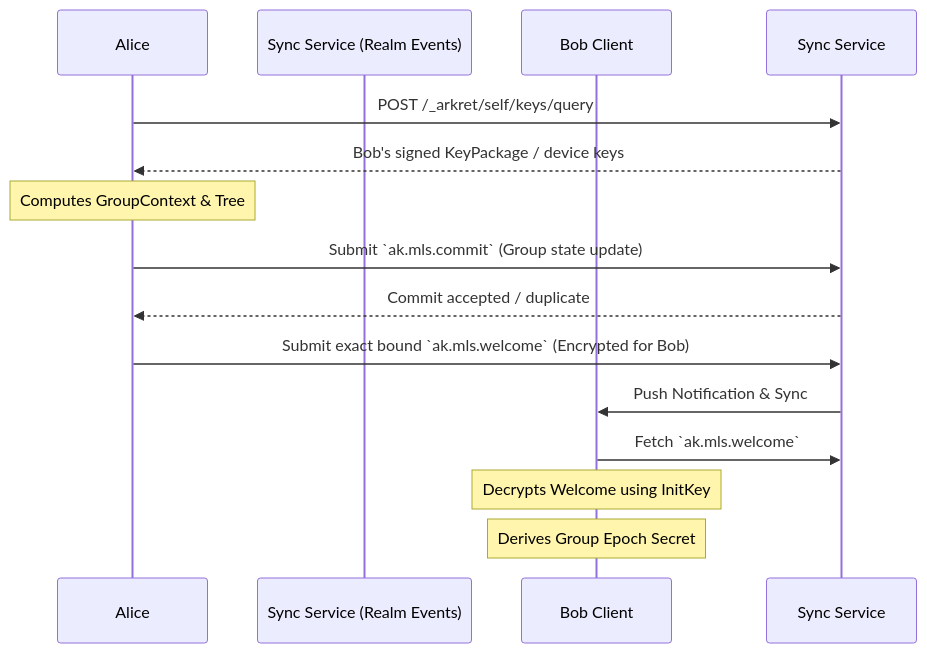
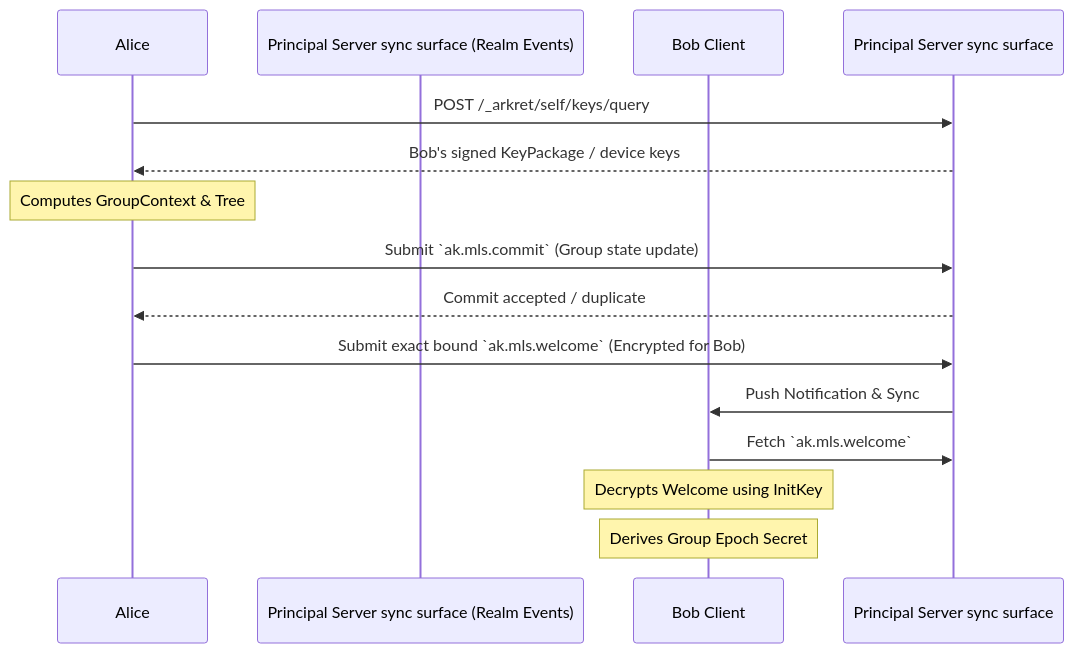
The diagram in spec/v1/zh/crypto-media/encryption-and-audit.md (arkret-org/arkret-spec), drawn with Mermaid before and after one commit. The commit also changed other lines of this file and 178 other files, not shown here.

````diff
--- a/spec/v1/zh/crypto-media/encryption-and-audit.md
+++ b/spec/v1/zh/crypto-media/encryption-and-audit.md
@@ -41,21 +41,21 @@
 ```mermaid
 sequenceDiagram
     participant Alice
-    participant Sync Service (Realm Events)
+    participant Principal Server sync surface (Realm Events)
     participant BobClient as Bob Client
 
-    Alice->>Sync Service: POST /_arkret/self/keys/query
-    Sync Service-->>Alice: Bob's signed KeyPackage / device keys
+    Alice->>Principal Server sync surface: POST /_arkret/self/keys/query
+    Principal Server sync surface-->>Alice: Bob's signed KeyPackage / device keys
 
     note over Alice: Computes GroupContext & Tree
 
-    Alice->>Sync Service: Submit `ak.mls.commit` (Group state update)
-    Sync Service-->>Alice: Commit accepted / duplicate
-    Alice->>Sync Service: Submit exact bound `ak.mls.welcome` (Encrypted for Bob)
+    Alice->>Principal Server sync surface: Submit `ak.mls.commit` (Group state update)
+    Principal Server sync surface-->>Alice: Commit accepted / duplicate
+    Alice->>Principal Server sync surface: Submit exact bound `ak.mls.welcome` (Encrypted for Bob)
 
-    Sync Service->>BobClient: Push Notification & Sync
+    Principal Server sync surface->>BobClient: Push Notification & Sync
 
-    BobClient->>Sync Service: Fetch `ak.mls.welcome`
+    BobClient->>Principal Server sync surface: Fetch `ak.mls.welcome`
     note over BobClient: Decrypts Welcome using InitKey
     note over BobClient: Derives Group Epoch Secret
 ```
````
